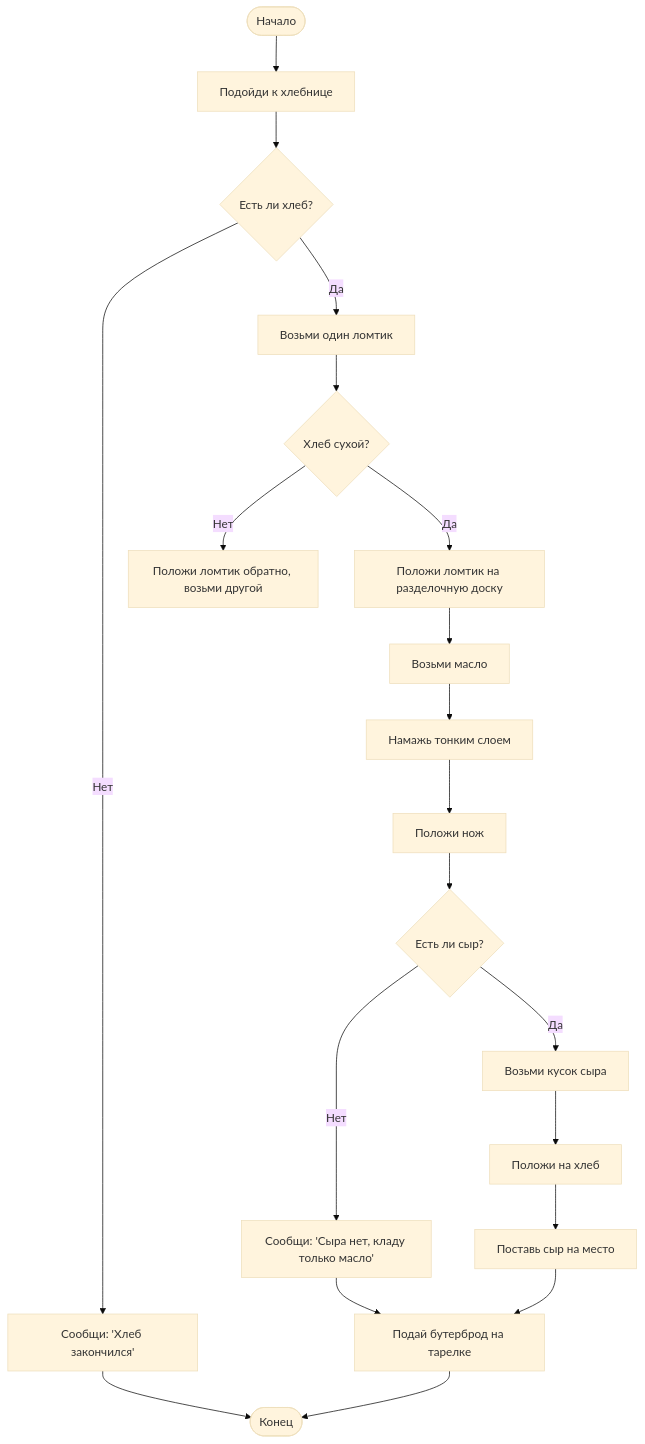
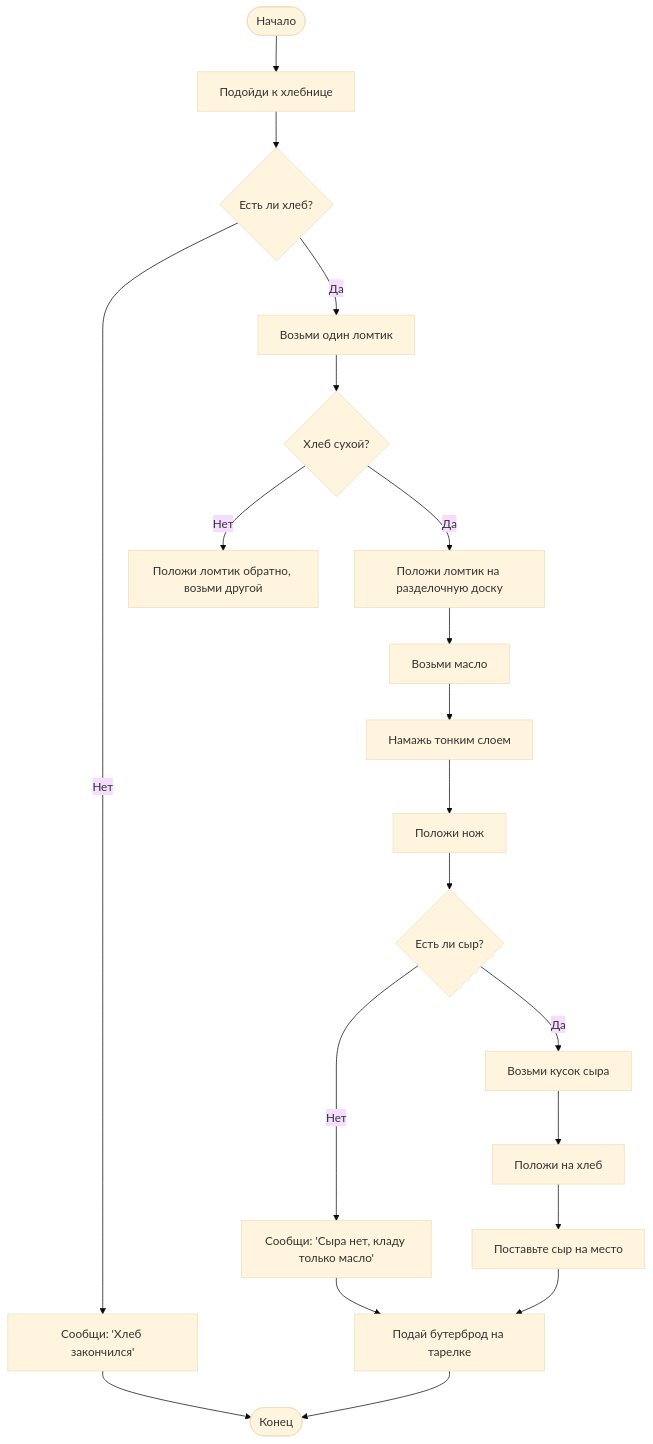
One commit to Spirzen/it-knowledge-base changed the fifth of 5 diagrams in docs/encyclopedia/9-spinoff/9-11-dlya-detey/3-development/1.md. Above: the diagram before and after it, drawn with Mermaid (base theme). The commit also changed other lines of this file and 1180 other files, not shown here.

````diff
--- a/docs/encyclopedia/9-spinoff/9-11-dlya-detey/3-development/1.md
+++ b/docs/encyclopedia/9-spinoff/9-11-dlya-detey/3-development/1.md
@@ -335,22 +335,22 @@
 ```mermaid
 flowchart TD
     A([Начало]) --> B[Подойди к хлебнице]
     B --> C{Есть ли хлеб?}
     C -->|Нет| Z[Сообщи: 'Хлеб закончился']
     C -->|Да| D[Возьми один ломтик]
     D --> E{Хлеб сухой?}
     E -->|Нет| G[Положи ломтик обратно, возьми другой]
     E -->|Да| F[Положи ломтик на разделочную доску]
     F --> H[Возьми масло]
     H --> I[Намажь тонким слоем]
     I --> J[Положи нож]
     J --> K{Есть ли сыр?}
     K -->|Нет| L[Сообщи: 'Сыра нет, кладу только масло']
     K -->|Да| M[Возьми кусок сыра]
     M --> N[Положи на хлеб]
-    N --> O[Поставь сыр на место]
+    N --> O[Поставьте сыр на место]
     L --> P[Подай бутерброд на тарелке]
     O --> P
     Z --> Q([Конец])
     P --> Q
 ```
````
